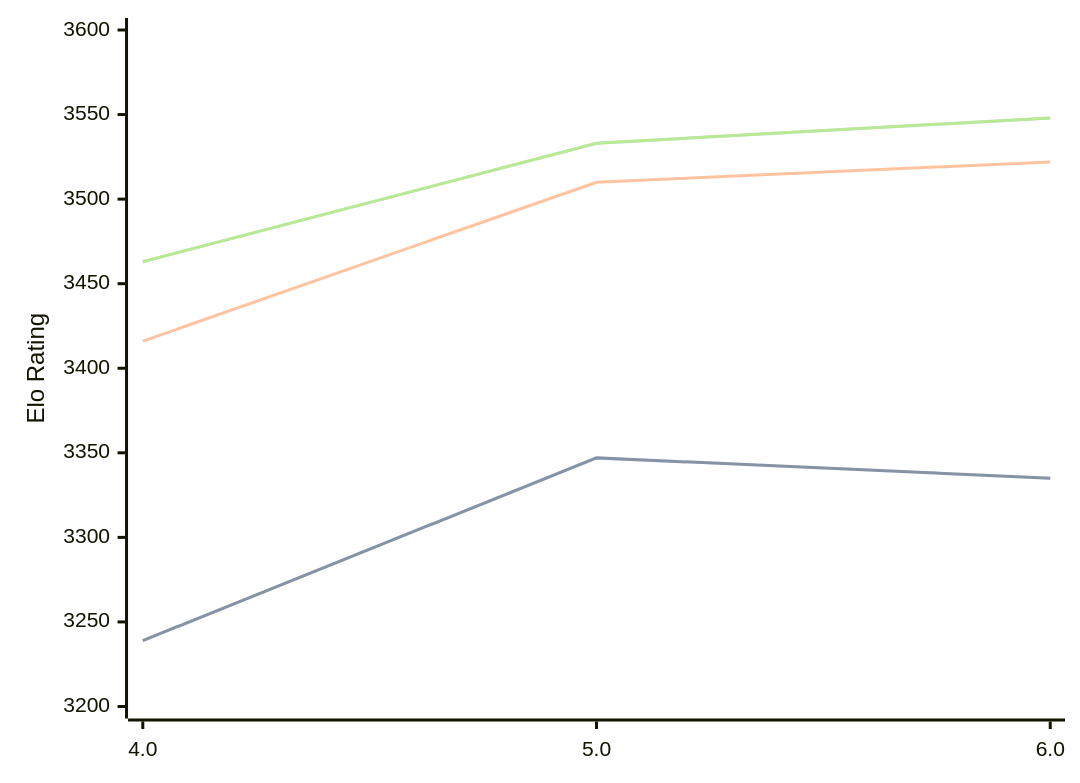
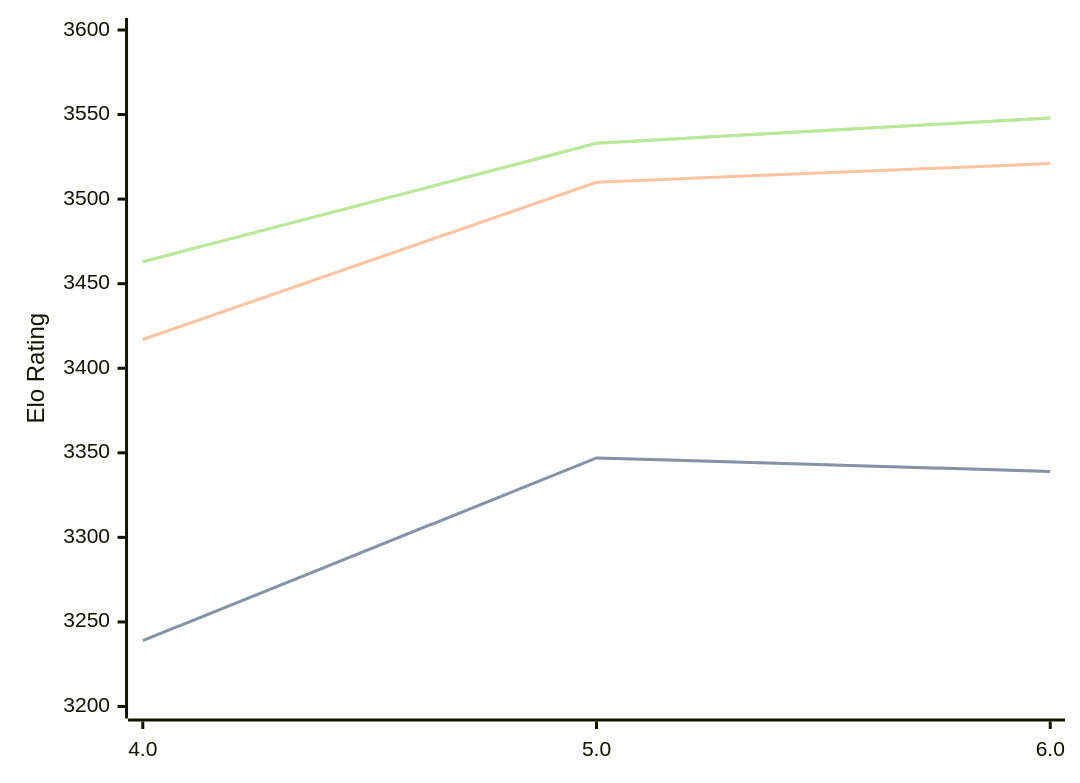
The third of 3 diagrams in engines/Tarnished.md (computer-chess-index/cci), drawn with Mermaid before and after one commit. The commit also changed other lines of this file, not shown here.

````diff
--- a/engines/Tarnished.md
+++ b/engines/Tarnished.md
@@ -70,11 +70,11 @@
 ```mermaid
 %%{init: {"theme":"base","themeVariables":{"seriesColors:['#a3a3a3','#222221','#faa371']}}}%%
 xychart-beta
   x-axis ["4.0", "5.0", "6.0"]
   y-axis "Elo Rating" 3200 --> 3600
-  line "STC (8.0+0.08s)" [3239, 3347, 3335]
-  line "STC (8.0+0.08s)" [3239, 3347, 3335]
-  line "LTC (60.0+0.60s)" [3416, 3510, 3522]
+  line "STC (8.0+0.08s)" [3239, 3347, 3339]
+  line "STC (8.0+0.08s)" [3239, 3347, 3339]
+  line "LTC (60.0+0.60s)" [3417, 3510, 3521]
   line "VLTC (2m24s+1.12s)" [3463, 3533, 3548]
   line "VLTC (2m24s+1.12s)" [3463, 3533, 3548]
 ```
````
